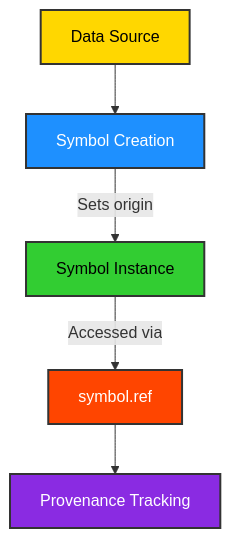
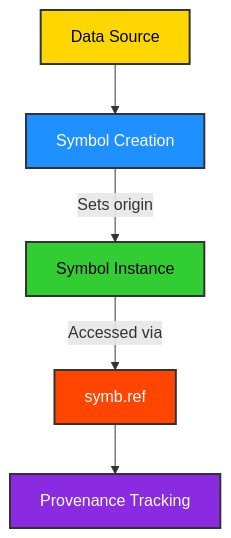
Diagram 12 of 13 in docs/topics/8_api_highlights/index.md (ikko/sym), drawn with Mermaid before and after one commit. The commit also changed other lines of this file and 92 other files, not shown here.

Commit message:
rename symbol to symb

````diff
--- a/docs/topics/8_api_highlights/index.md
+++ b/docs/topics/8_api_highlights/index.md
@@ -682,13 +682,13 @@
 ```mermaid
 graph TD
     A[Data Source] --> B[Symbol Creation];
     B -- "Sets origin" --> C[Symbol Instance];
-    C -- "Accessed via" --> D[symbol.ref];
+    C -- "Accessed via" --> D[symb.ref];
     D --> E[Provenance Tracking];
 
     style A fill:#FFD700,stroke:#333,stroke-width:2px,color:#000000;
     style B fill:#1E90FF,stroke:#333,stroke-width:2px,color:#FFFFFF;
     style C fill:#32CD32,stroke:#333,stroke-width:2px,color:#000000;
     style D fill:#FF4500,stroke:#333,stroke-width:2px,color:#FFFFFF;
     style E fill:#8A2BE2,stroke:#333,stroke-width:2px,color:#FFFFFF;
 ```
````
